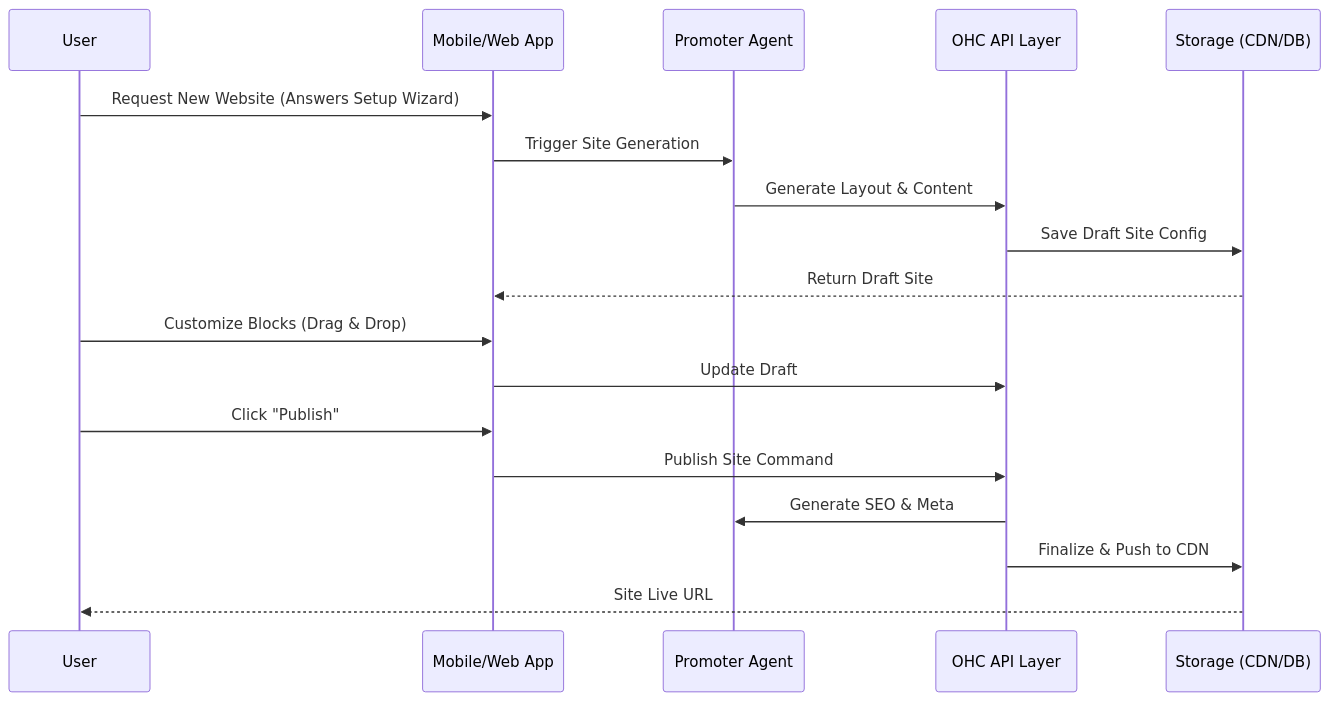
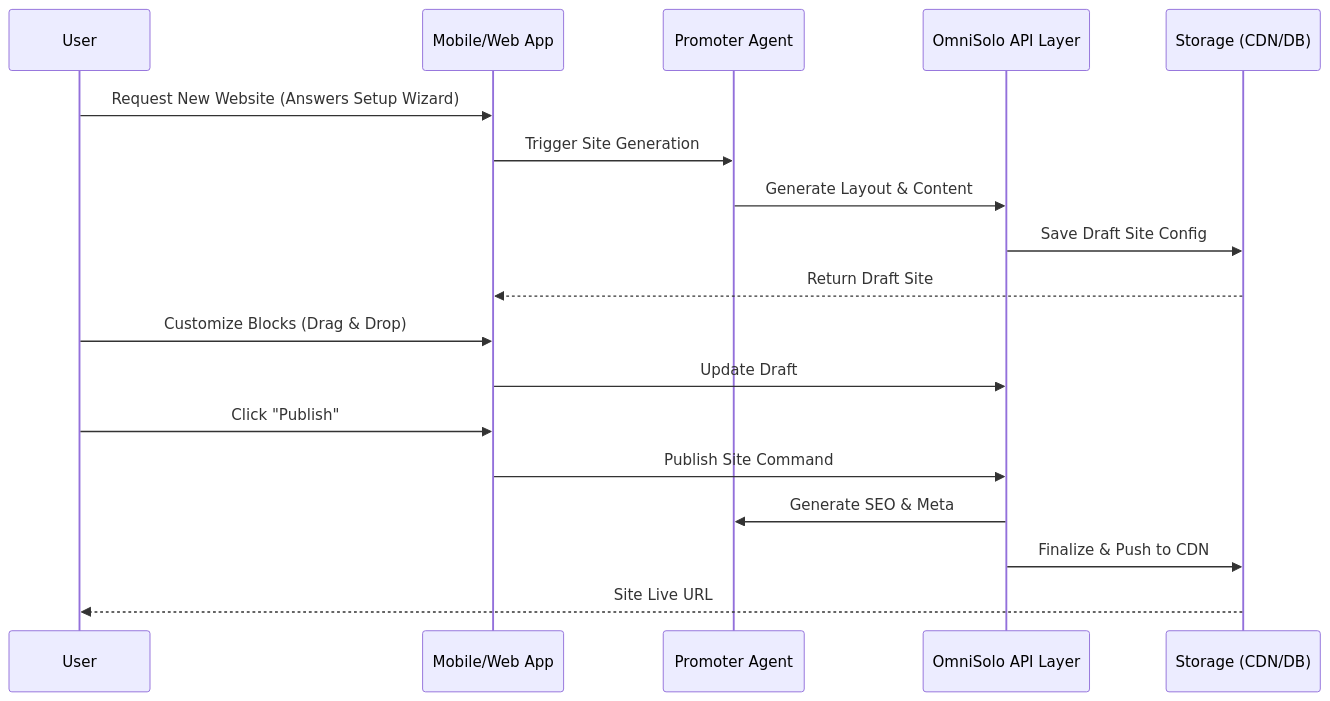
One commit to omnisolo-llc/onehumancorp changed the diagram in docs/architecture/website_storefront_builder.md. Above: the diagram before and after it, drawn with Mermaid. The commit also changed other lines of this file and 2191 other files, not shown here.

Commit message:
feat: complete OmniSolo rename and browser audit

````diff
--- a/docs/architecture/website_storefront_builder.md
+++ b/docs/architecture/website_storefront_builder.md
@@ -40,21 +40,21 @@
 ```mermaid
 sequenceDiagram
     participant User
     participant App as Mobile/Web App
     participant Promoter as Promoter Agent
-    participant API as OHC API Layer
+    participant API as OmniSolo API Layer
     participant Storage as Storage (CDN/DB)
 
     User->>App: Request New Website (Answers Setup Wizard)
     App->>Promoter: Trigger Site Generation
     Promoter->>API: Generate Layout & Content
     API->>Storage: Save Draft Site Config
     Storage-->>App: Return Draft Site
     User->>App: Customize Blocks (Drag & Drop)
     App->>API: Update Draft
     User->>App: Click "Publish"
     App->>API: Publish Site Command
     API->>Promoter: Generate SEO & Meta
     API->>Storage: Finalize & Push to CDN
     Storage-->>User: Site Live URL
 ```
````
